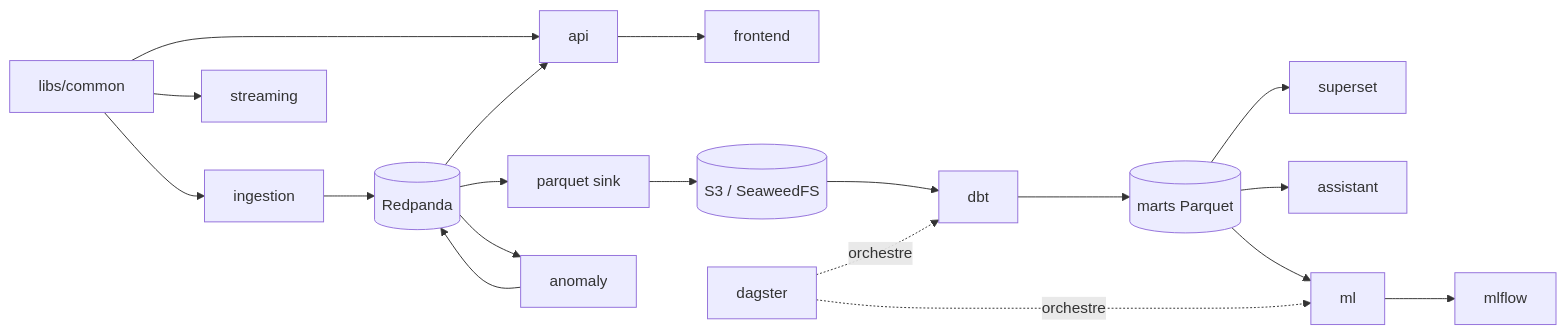
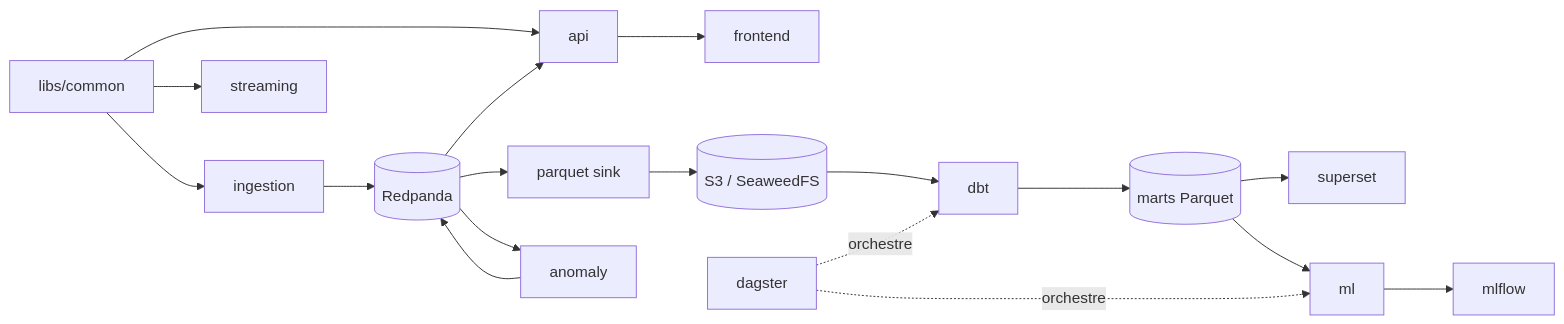
Before and after one commit to Oussama-essalehi/SkyPulse: the diagram in docs/implementation-plan.md, drawn with Mermaid. The commit also changed other lines of this file and 53 other files, not shown here.

````diff
--- a/docs/implementation-plan.md
+++ b/docs/implementation-plan.md
@@ -111,12 +108,12 @@
 ```mermaid
 flowchart LR
   common[libs/common] --> ingestion & api & streaming
   ingestion --> redpanda[(Redpanda)]
   redpanda --> api --> frontend
   redpanda --> sink[parquet sink] --> s3[(S3 / SeaweedFS)]
   redpanda --> anomaly --> redpanda
   s3 --> dbt --> marts[(marts Parquet)]
-  marts --> superset & assistant & ml
+  marts --> superset & ml
   dagster -.orchestre.-> dbt & ml
   ml --> mlflow
 ```
````
